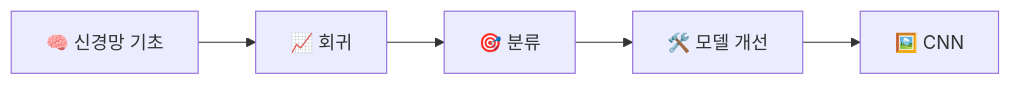
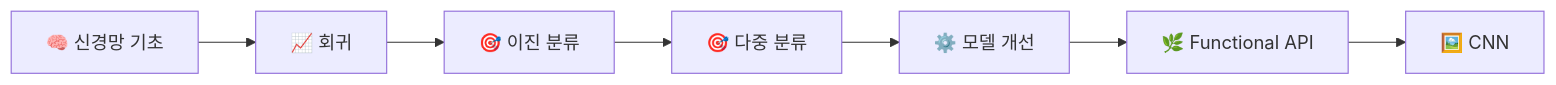
Before and after one commit to JangDongyul123/furiosa-tensorflow-keras: the diagram in README.md, drawn with Mermaid. The commit also changed other lines of this file, not shown here.

````diff
--- a/README.md
+++ b/README.md
@@ -46,7 +65,17 @@
 ```mermaid
 flowchart LR
-    A["🧠 신경망 기초"] --> B["📈 회귀"]
-    B --> C["🎯 분류"]
-    C --> D["🛠️ 모델 개선"]
-    D --> E["🖼️ CNN"]
+    A["🧠 신경망 기초"]
+    B["📈 회귀"]
+    C["🎯 이진 분류"]
+    D["🎯 다중 분류"]
+    E["⚙️ 모델 개선"]
+    F["🌿 Functional API"]
+    G["🖼️ CNN"]
+
+    A --> B
+    B --> C
+    C --> D
+    D --> E
+    E --> F
+    F --> G
 ```
````
